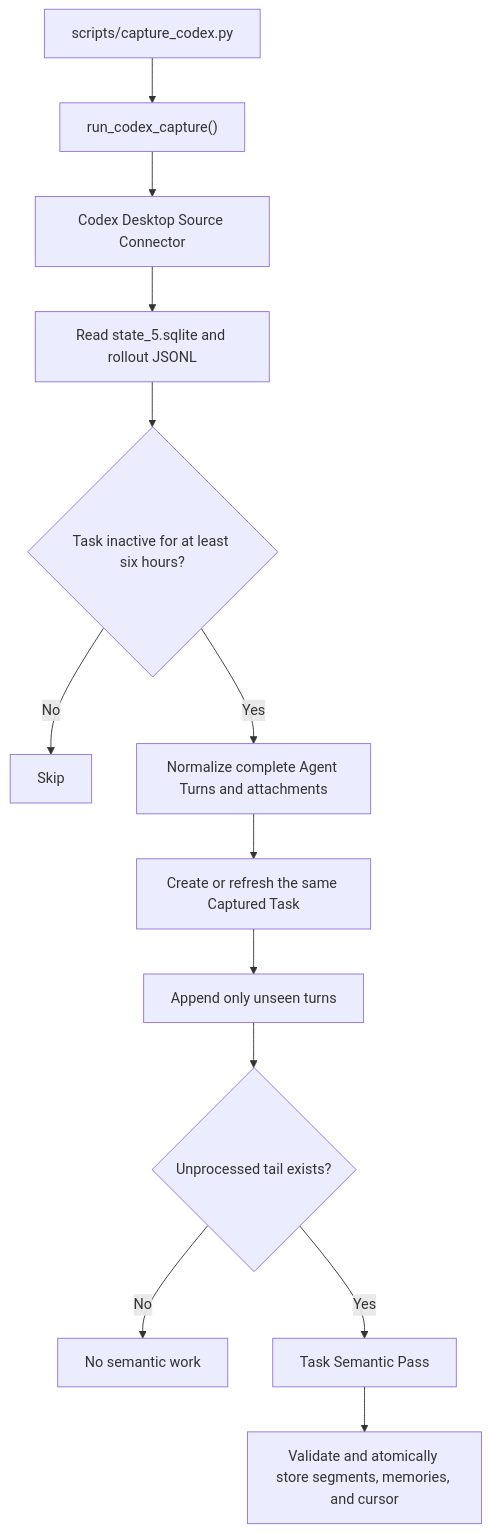
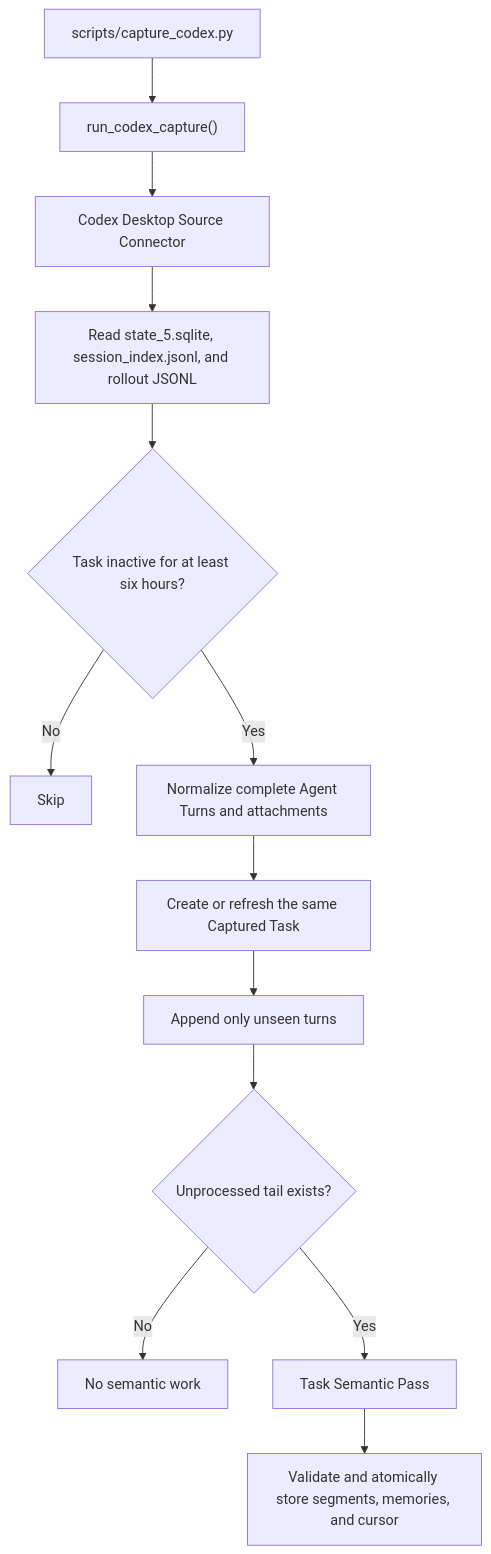
One commit to Kerr1st/Second-Brain changed the diagram in docs/components/capture.md. Above: the diagram before and after it, drawn with Mermaid. The commit also changed other lines of this file and 52 other files, not shown here.

````diff
--- a/docs/components/capture.md
+++ b/docs/components/capture.md
@@ -83,15 +83,15 @@
 ```mermaid
 flowchart TD
     A["scripts/capture_codex.py"] --> B["run_codex_capture()"]
     B --> C["Codex Desktop Source Connector"]
-    C --> D["Read state_5.sqlite and rollout JSONL"]
+    C --> D["Read state_5.sqlite, session_index.jsonl, and rollout JSONL"]
     D --> E{"Task inactive for at least six hours?"}
     E -->|"No"| F["Skip"]
     E -->|"Yes"| G["Normalize complete Agent Turns and attachments"]
     G --> H["Create or refresh the same Captured Task"]
     H --> I["Append only unseen turns"]
     I --> J{"Unprocessed tail exists?"}
     J -->|"No"| K["No semantic work"]
     J -->|"Yes"| L["Task Semantic Pass"]
     L --> M["Validate and atomically store segments, memories, and cursor"]
 ```
````
